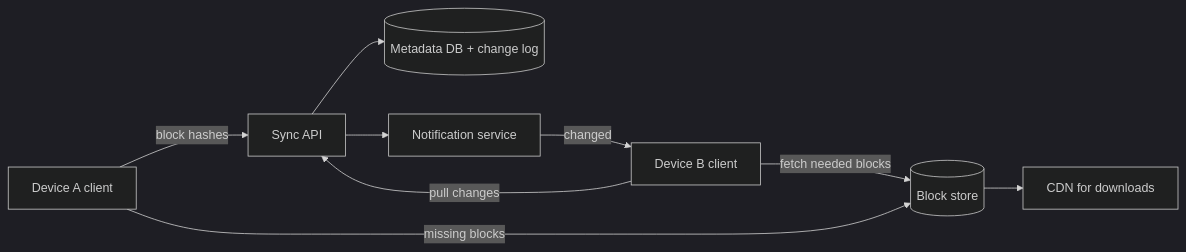
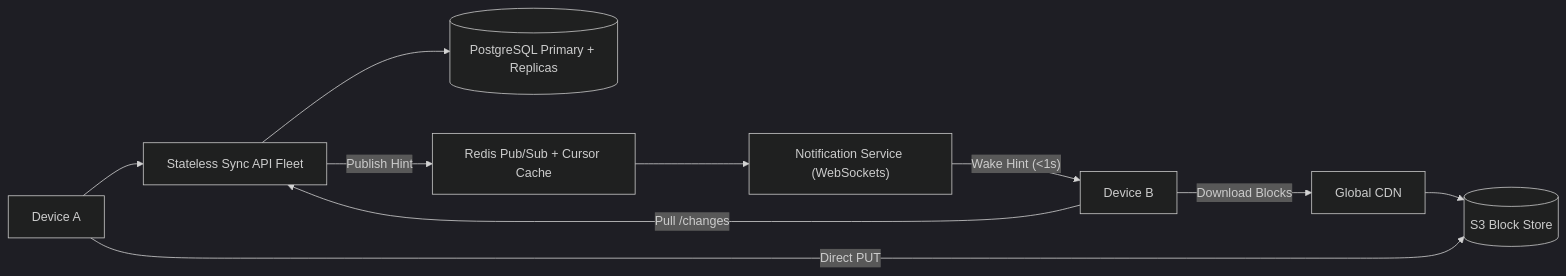
Before and after one commit to TapanKumarBarik/Backend-roadmap: the second of 5 diagrams in content/system-design/22-interview-design-problems/30-design-dropbox-google-drive/README.md, drawn with Mermaid (dark theme). The commit also changed other lines of this file and 37 other files, not shown here.

Commit message:
Upgrade Track 22 (37 interview design problems) with scale-by-scale architecture evolution

````diff
--- a/content/system-design/22-interview-design-problems/30-design-dropbox-google-drive/README.md
+++ b/content/system-design/22-interview-design-problems/30-design-dropbox-google-drive/README.md
@@ -108,11 +162,11 @@
 ```mermaid
 flowchart LR
-  C1["Device A client"] -- "block hashes" --> API["Sync API"]
-  API --> M[("Metadata DB + change log")]
-  C1 -- "missing blocks" --> BS[("Block store")]
-  API --> NS["Notification service"]
-  NS -- "changed" --> C2["Device B client"]
-  C2 -- "pull changes" --> API
-  C2 -- "fetch needed blocks" --> BS
-  BS --> CDN["CDN for downloads"]
+  D1["Device A"] --> API["Stateless Sync API Fleet"]
+  D1 -- "Direct PUT" --> S3[("S3 Block Store")]
+  API --> PG[("PostgreSQL Primary + Replicas")]
+  API -- "Publish Hint" --> REDIS["Redis Pub/Sub + Cursor Cache"]
+  REDIS --> NOTIF["Notification Service (WebSockets)"]
+  NOTIF -- "Wake Hint (<1s)" --> D2["Device B"]
+  D2 -- "Pull /changes" --> API
+  D2 -- "Download Blocks" --> CDN["Global CDN"] --> S3
 ```
````
